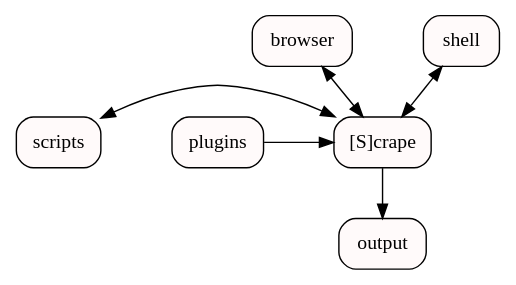
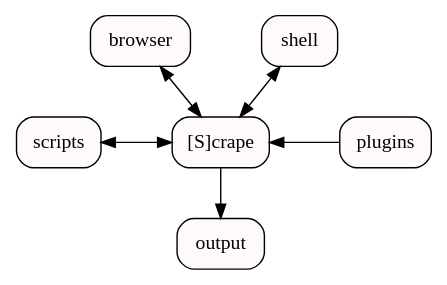
The diagram in source/overview.rst (yarko/scrapedoc), drawn with Graphviz before and after one commit. The commit also changed other lines of this file and 9 other files, not shown here.

```diff
--- a/source/overview.rst
+++ b/source/overview.rst
@@ -17,22 +17,20 @@
 .. graphviz::
    :alt: [S]crape Context
 
    digraph g {
-     graph [nodesep=0.7, margin="0.6,0.15"];
-     edge [dir=both];
+     graph [nodesep="0.7", margin="0.6,0.15"];
+     edge [dir="both"];
      node [fontname="verdana", shape=box, fillcolor=snow, style="rounded,filled"];
 
      subgraph {
        rank = same; "[S]crape"; scripts; plugins;
        "[S]crape" [fontname="Chalkduster"];
      }
      browser -> "[S]crape";
      shell -> "[S]crape";
 
      scripts -> "[S]crape";
+     "[S]crape" -> plugins [dir=back];
 
-     edge [dir=forward];
-     plugins -> "[S]crape";
-     "[S]crape" -> output;
-
+     "[S]crape" -> output [dir=forward];
    }
```
